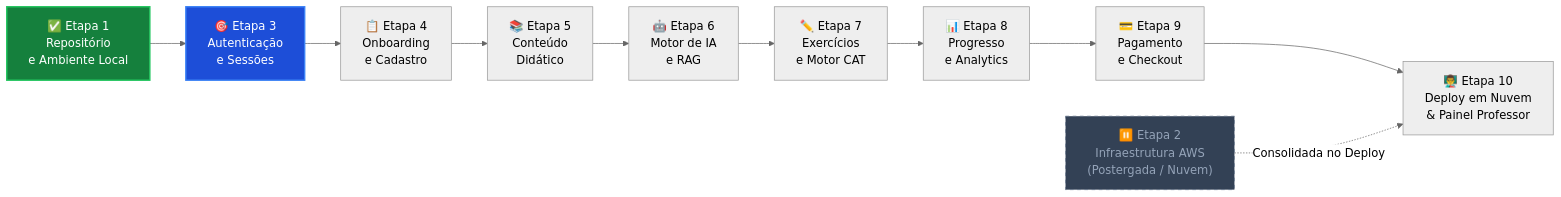
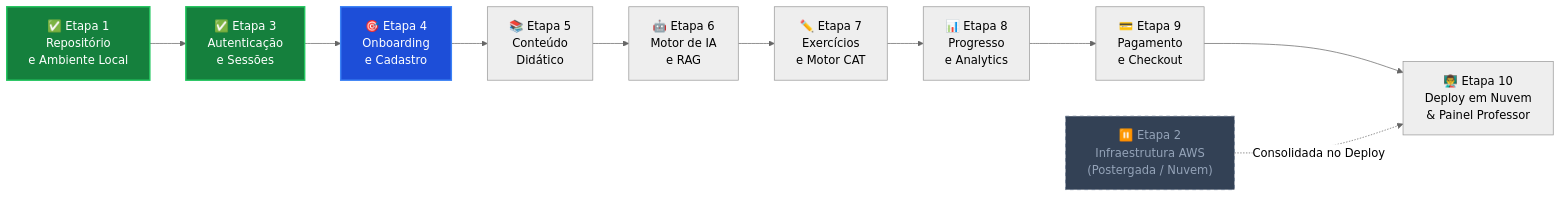
The first of 2 diagrams in docs-site/docs/implementation/index.md (SiadeLucas/Tutor-Inteligente), drawn with Mermaid (neutral theme) before and after one commit. The commit also changed other lines of this file and 15 other files, not shown here.

````diff
--- a/docs-site/docs/implementation/index.md
+++ b/docs-site/docs/implementation/index.md
@@ -54,20 +54,21 @@
 ```mermaid
 graph LR
     E1["✅ Etapa 1\nRepositório\ne Ambiente Local"]
     E2["⏸️ Etapa 2\nInfraestrutura AWS\n(Postergada / Nuvem)"]
-    E3["🎯 Etapa 3\nAutenticação\ne Sessões"]
-    E4["📋 Etapa 4\nOnboarding\ne Cadastro"]
+    E3["✅ Etapa 3\nAutenticação\ne Sessões"]
+    E4["🎯 Etapa 4\nOnboarding\ne Cadastro"]
     E5["📚 Etapa 5\nConteúdo\nDidático"]
     E6["🤖 Etapa 6\nMotor de IA\ne RAG"]
     E7["✏️ Etapa 7\nExercícios\ne Motor CAT"]
     E8["📊 Etapa 8\nProgresso\ne Analytics"]
     E9["💳 Etapa 9\nPagamento\ne Checkout"]
     E10["👨‍🏫 Etapa 10\nDeploy em Nuvem\n& Painel Professor"]
 
     E1 --> E3 --> E4 --> E5 --> E6 --> E7 --> E8 --> E9 --> E10
     E2 -.->|Consolidada no Deploy| E10
 
     style E1 fill:#15803d,stroke:#22c55e,stroke-width:2px,color:#fff
     style E2 fill:#334155,stroke:#64748b,stroke-dasharray: 5 5,color:#94a3b8
-    style E3 fill:#1d4ed8,stroke:#3b82f6,stroke-width:2px,color:#fff
+    style E3 fill:#15803d,stroke:#22c55e,stroke-width:2px,color:#fff
+    style E4 fill:#1d4ed8,stroke:#3b82f6,stroke-width:2px,color:#fff
 ```
````
